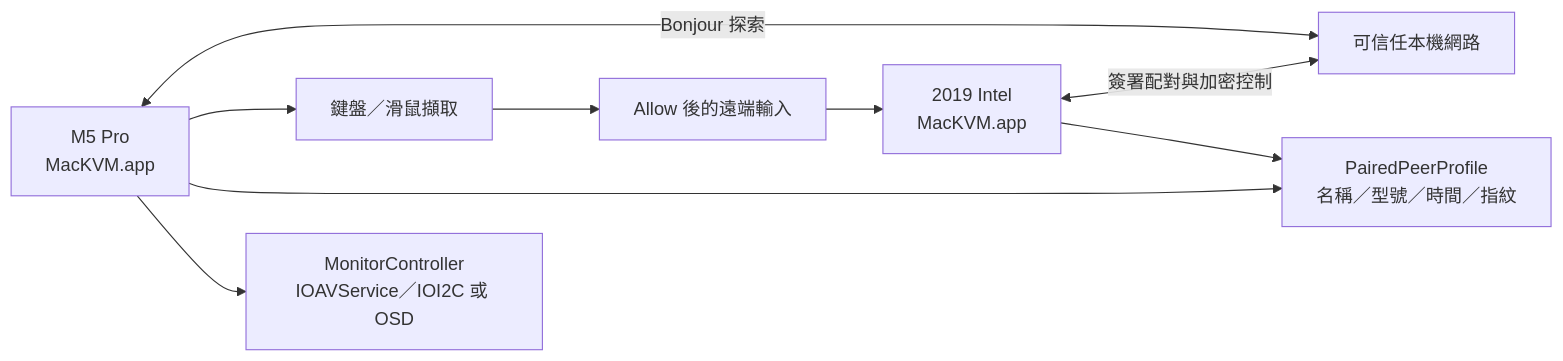
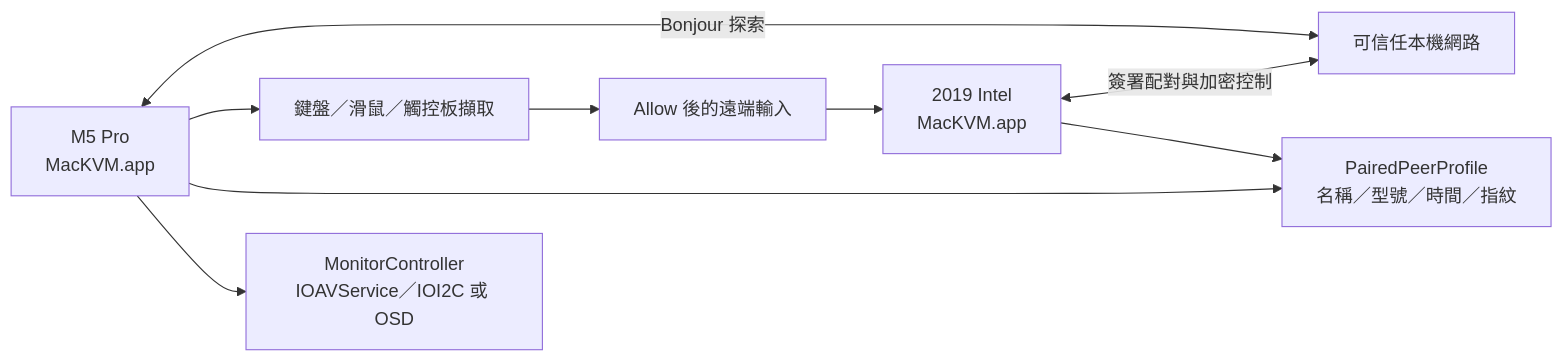
The first of 4 diagrams in ARCHITECTURE.zh-TW.md (rudinyu/MacKVM), drawn with Mermaid before and after one commit. The commit also changed other lines of this file and 36 other files, not shown here.

````diff
--- a/ARCHITECTURE.zh-TW.md
+++ b/ARCHITECTURE.zh-TW.md
@@ -10,11 +10,11 @@
 ```mermaid
 flowchart LR
     A["M5 Pro\nMacKVM.app"] <-->|"Bonjour 探索"| B["可信任本機網路"]
     C["2019 Intel\nMacKVM.app"] <-->|"簽署配對與加密控制"| B
-    A --> D["鍵盤／滑鼠擷取"]
+    A --> D["鍵盤／滑鼠／觸控板擷取"]
     D --> E["Allow 後的遠端輸入"]
     E --> C
     A --> F["PairedPeerProfile\n名稱／型號／時間／指紋"]
     C --> F
     A --> G["MonitorController\nIOAVService／IOI2C 或 OSD"]
 ```
````
